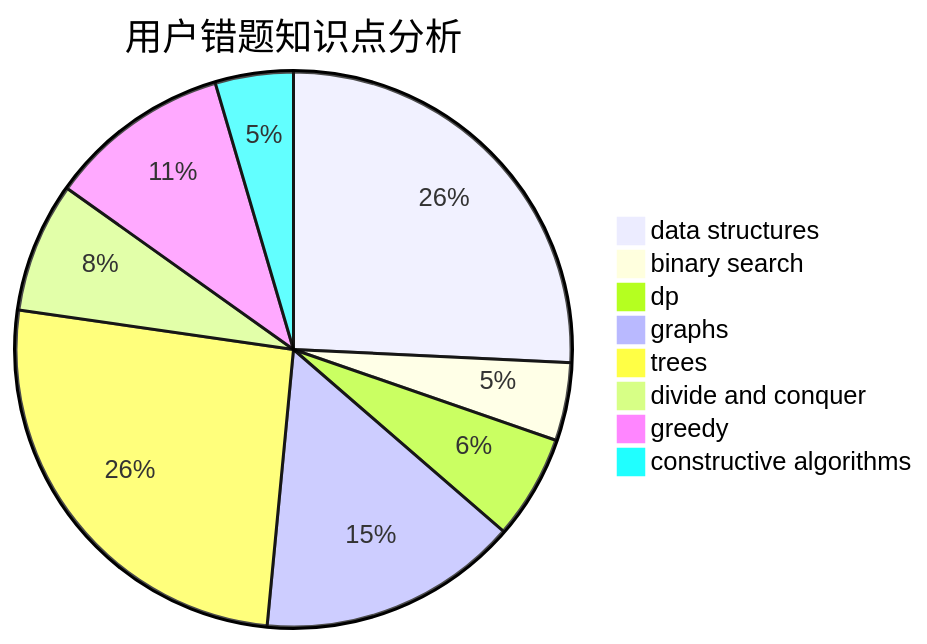
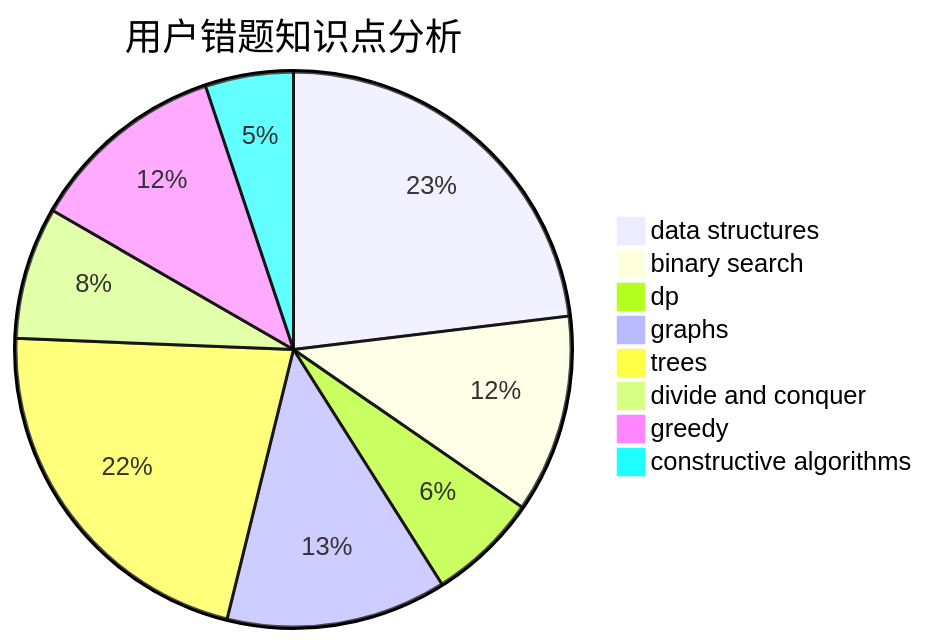
The third of 3 diagrams in docs/user/u1475.md (sherpahu/cfrs.github.io), drawn with Mermaid before and after one commit. The commit also changed other lines of this file and 2770 other files, not shown here.

````diff
--- a/docs/user/u1475.md
+++ b/docs/user/u1475.md
@@ -36,11 +36,11 @@
 ```mermaid
 pie title 用户错题知识点分析
-    "data structures" :  17
-    "binary search" :  3
-    "dp" :  4
+    "data structures" :  18
+    "binary search" :  9
+    "dp" :  5
     "graphs" :  10
     "trees" :  17
-    "divide and conquer" :  5
-    "greedy" :  7
-    "constructive algorithms" :  3
+    "divide and conquer" :  6
+    "greedy" :  9
+    "constructive algorithms" :  4
 ```
````
